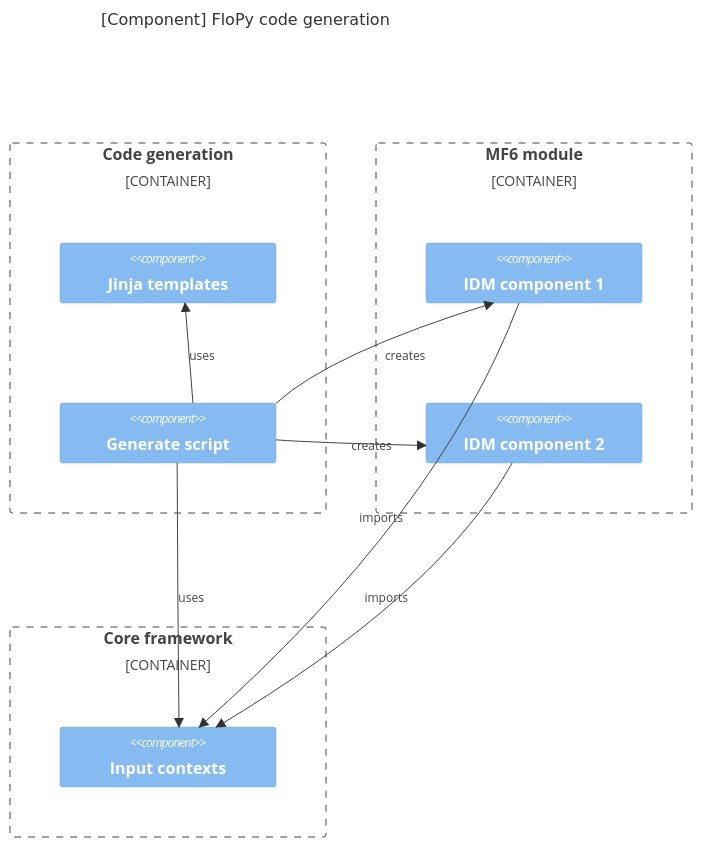
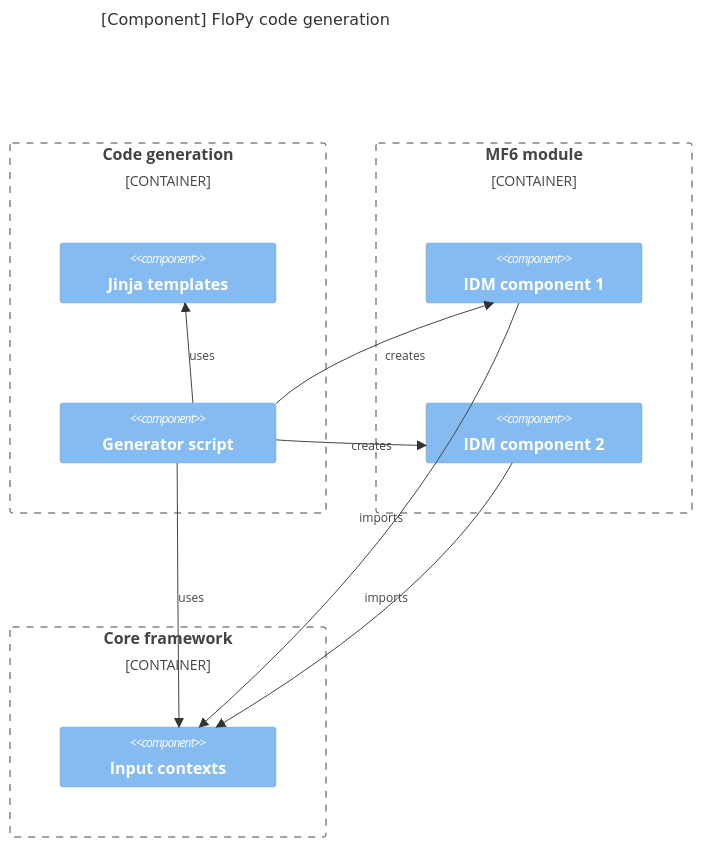
The fifth of 5 diagrams in docs/dev/c4.md (modflowpy/pyphoenix-project), drawn with Mermaid before and after one commit. The commit also changed other lines of this file, not shown here.

Commit message:
draft external connections diagram

````diff
--- a/docs/dev/c4.md
+++ b/docs/dev/c4.md
@@ -103,25 +145,25 @@
 ```mermaid
 C4Component
   title [Component] FloPy code generation
 
   Container_Boundary(fpycodegen, "Code generation") {
     Component(templates, "Jinja templates")
-    Component(genscript, "Generate script")
+    Component(genscript, "Generator script")
   }
 
   Container_Boundary(fpymf6, "MF6 module") {
     Component(comp1, "IDM component 1")
     Component(comp2, "IDM component 2")
   }
 
   Container_Boundary(fpycore, "Core framework") {
     Component(ctx, "Input contexts")
   }
 
   Rel(genscript, templates, "uses")
   Rel(genscript, comp1, "creates")
   Rel(genscript, comp2, "creates")
   Rel(genscript, ctx, "uses")
   Rel(comp1, ctx, "imports")
   Rel(comp2, ctx, "imports")
 ```
````
